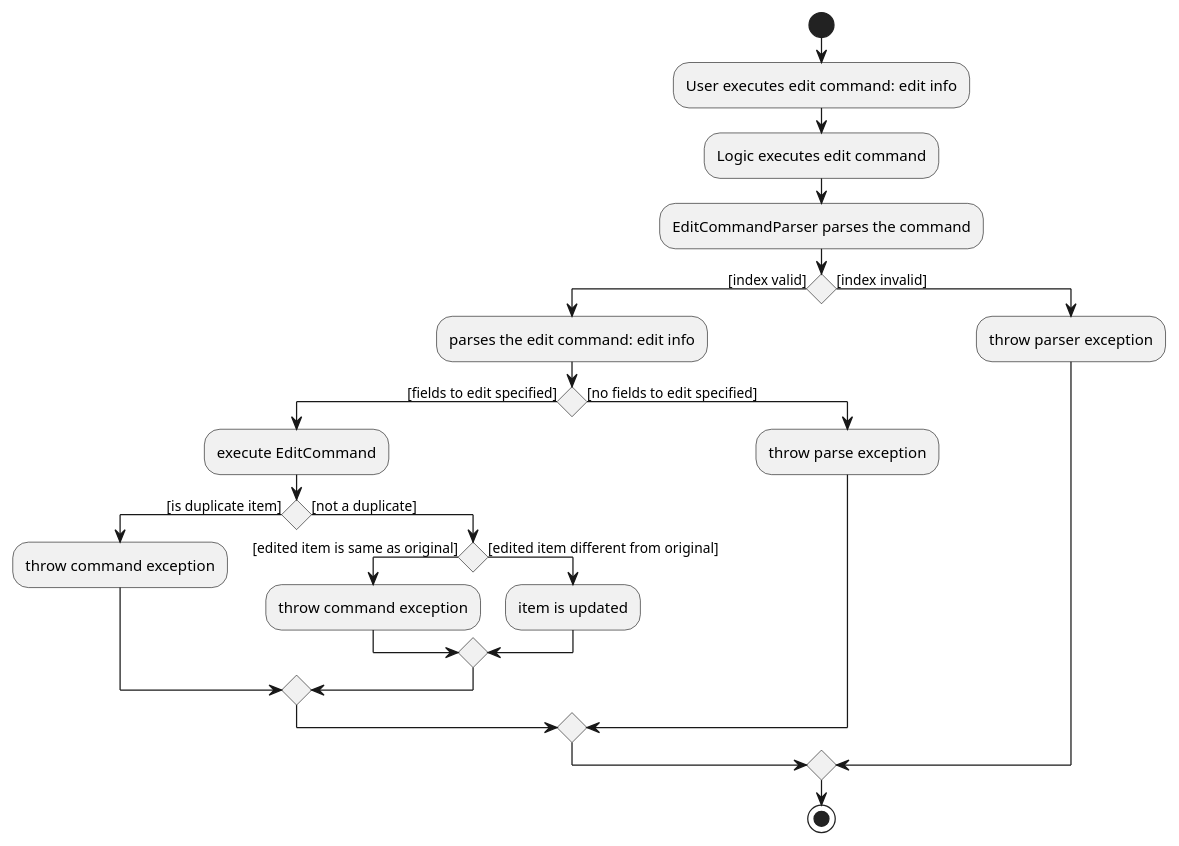
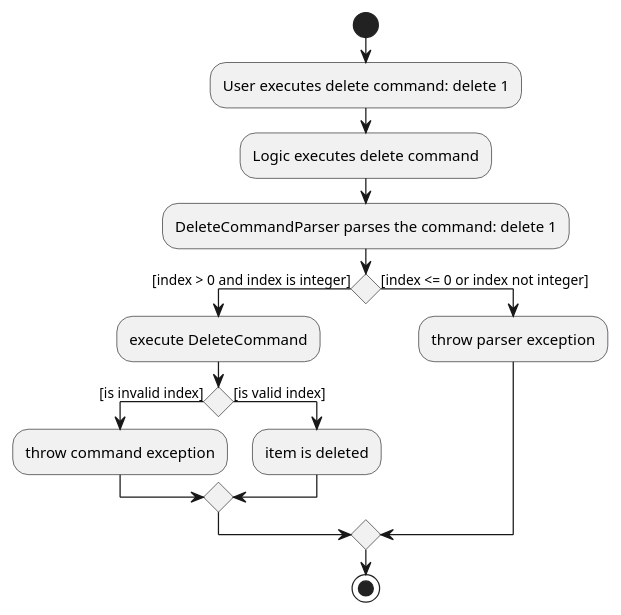
The diagram in docs/images/DeleteCommandActivityDiagram.puml (nus-cs2103-AY2021S1/tp), drawn with PlantUML before and after one commit. The commit also changed 4 other files, not shown here.

Commit message:
Activity Diagram

```diff
--- a/docs/images/DeleteCommandActivityDiagram.puml
+++ b/docs/images/DeleteCommandActivityDiagram.puml
@@ -1,37 +1,24 @@
 @startuml
 start
-:User executes edit command: edit info;
-:Logic executes edit command;
-:EditCommandParser parses the command;
+:User executes delete command: delete 1;
+:Logic executes delete command;
+:DeleteCommandParser parses the command: delete 1;
 
-if () then ([index valid])
-    :parses the edit command: edit info;
+if () then ([index > 0 and index is integer])
+:execute DeleteCommand;
 
-    if () then ([fields to edit specified])
-    :execute EditCommand;
-
-        if () then ([is duplicate item])
+        if () then ([is invalid index])
         :throw command exception;
 
-        else ([not a duplicate])
-
-            if () then ([edited item is same as original])
-            :throw command exception;
-
-            else ([edited item different from original])
-            :item is updated;
-            endif
+        else ([is valid index])
+        :item is deleted;
 
         endif
 
-    else ([no fields to edit specified])
-    :throw parse exception;
-    endif
-
-else ([index invalid])
+else ([index <= 0 or index not integer])
     :throw parser exception;
 
 endif
 stop
 
 @enduml
```
